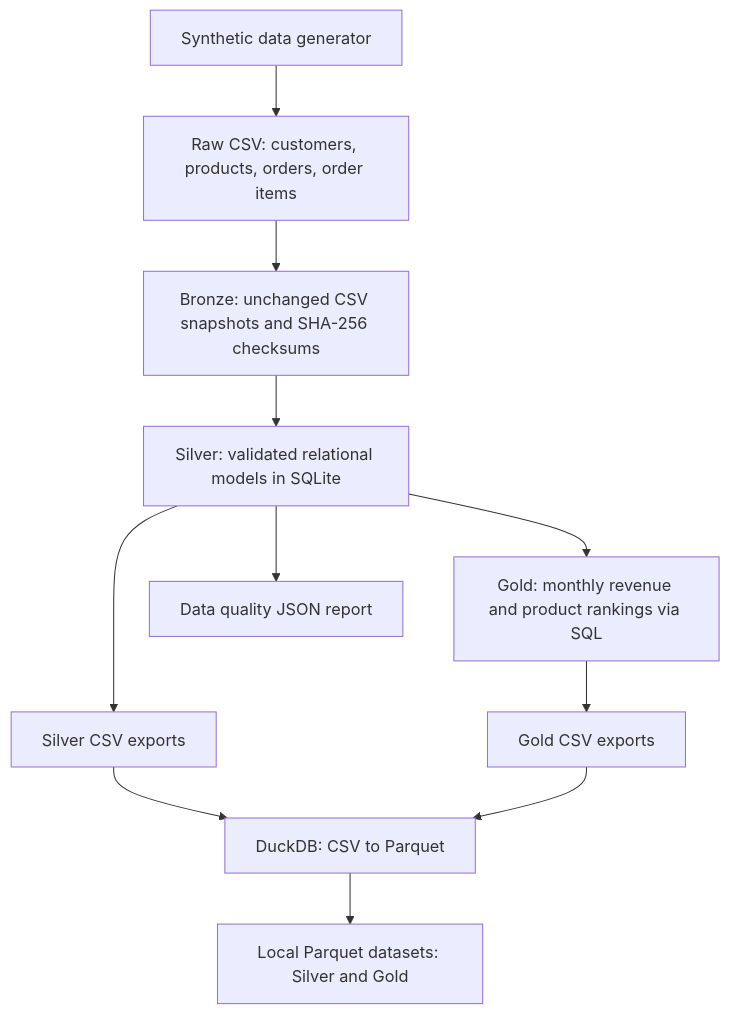
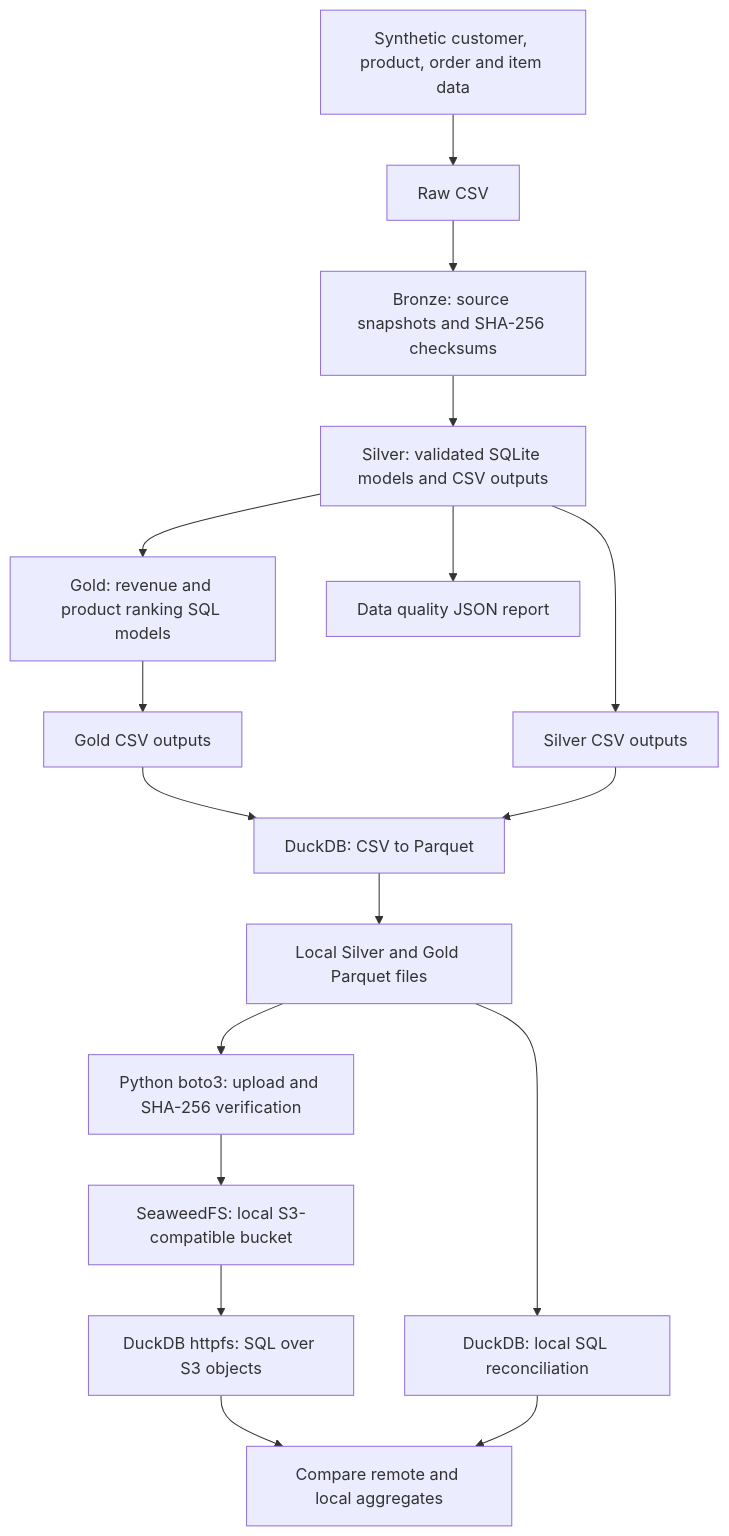
The diagram in README.md (MariMecucci/beauty-commerce-intelligence), drawn with Mermaid before and after one commit. The commit also changed other lines of this file and 4 other files, not shown here.

Commit message:
feat: implement local S3-compatible data lake

````diff
--- a/README.md
+++ b/README.md
@@ -21,13 +20,19 @@
 ```mermaid
 flowchart TD
-    A[Synthetic data generator] --> B[Raw CSV: customers, products, orders, order items]
-    B --> C[Bronze: unchanged CSV snapshots and SHA-256 checksums]
-    C --> D[Silver: validated relational models in SQLite]
-    D --> E[Gold: monthly revenue and product rankings via SQL]
-    D --> F[Silver CSV exports]
-    E --> G[Gold CSV exports]
+    A[Synthetic customer, product, order and item data] --> B[Raw CSV]
+    B --> C[Bronze: source snapshots and SHA-256 checksums]
+    C --> D[Silver: validated SQLite models and CSV outputs]
+    D --> E[Gold: revenue and product ranking SQL models]
+    E --> F[Gold CSV outputs]
+    D --> G[Silver CSV outputs]
     F --> H[DuckDB: CSV to Parquet]
     G --> H
-    H --> I[Local Parquet datasets: Silver and Gold]
-    D --> J[Data quality JSON report]
+    H --> I[Local Silver and Gold Parquet files]
+    I --> J[Python boto3: upload and SHA-256 verification]
+    J --> K[SeaweedFS: local S3-compatible bucket]
+    K --> L[DuckDB httpfs: SQL over S3 objects]
+    I --> M[DuckDB: local SQL reconciliation]
+    L --> N[Compare remote and local aggregates]
+    M --> N
+    D --> Q[Data quality JSON report]
 ```
````
